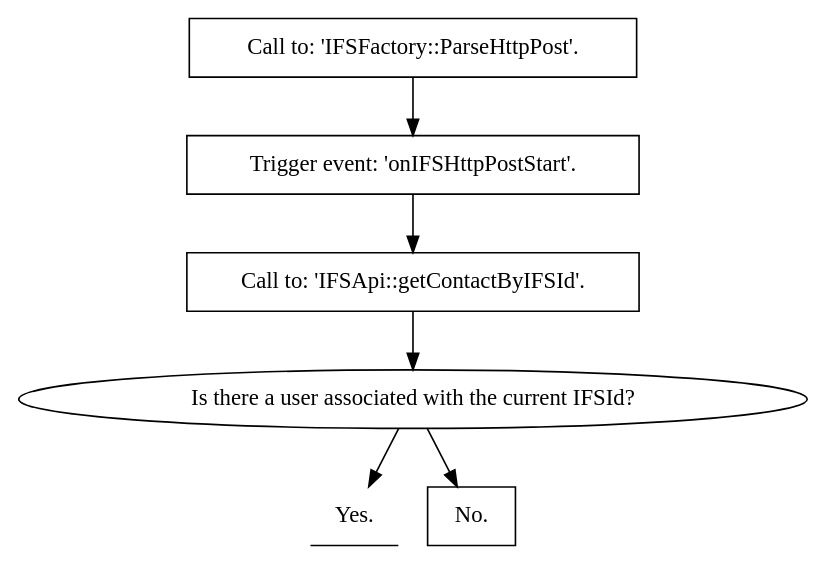
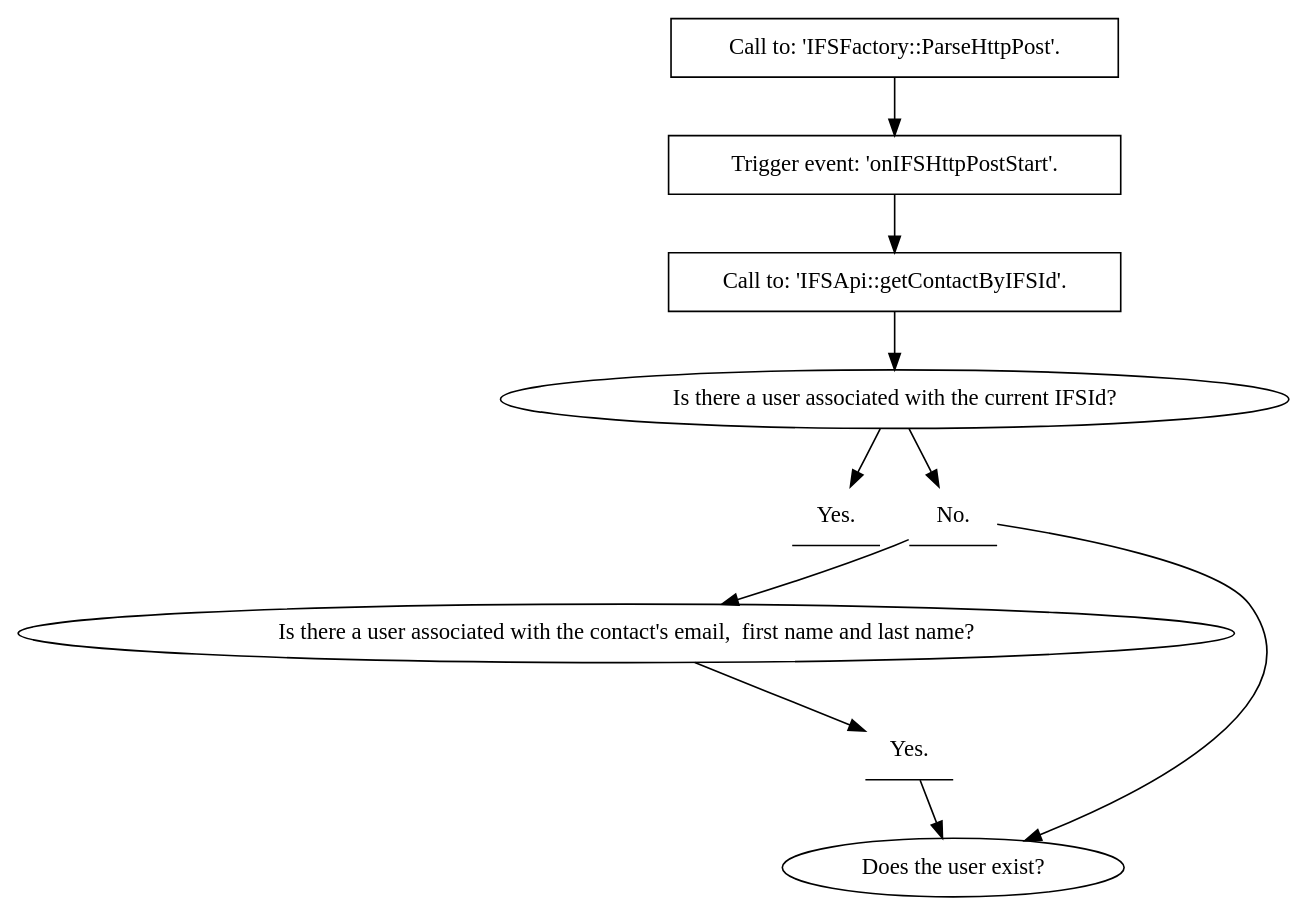
One commit to treste91/JoomFuse changed the diagram in docs/procedures/register_user.rst. Above: the diagram before and after it, drawn with Graphviz.

```diff
--- a/docs/procedures/register_user.rst
+++ b/docs/procedures/register_user.rst
@@ -4,15 +4,24 @@
 .. graphviz::
 
    digraph {
+   
       1 [label="Call to: 'IFSFactory::ParseHttpPost'." shape=box]
       2 [label="Trigger event: 'onIFSHttpPostStart'." shape=box]
       3 [label="Call to: 'IFSApi::getContactByIFSId'." shape=box]
       4 [label="Is there a user associated with the current IFSId?" shape=oval]
       5 [label="Yes." shape=underline]
-      6 [label="No." shape=underlline]
+      6 [label="No." shape=underline]
+      7 [label="Is there a user associated with the contact's email,  first name and last name?" shape=oval]
+      8 [label="Yes." shape=underline]
+      9 [label="Does the user exist?" shape=oval]
+      
       1 -> 2
       2 -> 3
       3 -> 4
       4 -> 5
       4 -> 6
+      6 -> 7
+      7 -> 8
+      8 -> 9
+      6 -> 9
    }
```
